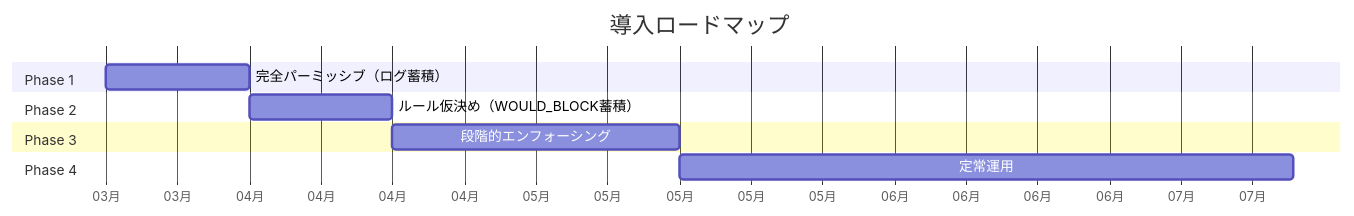
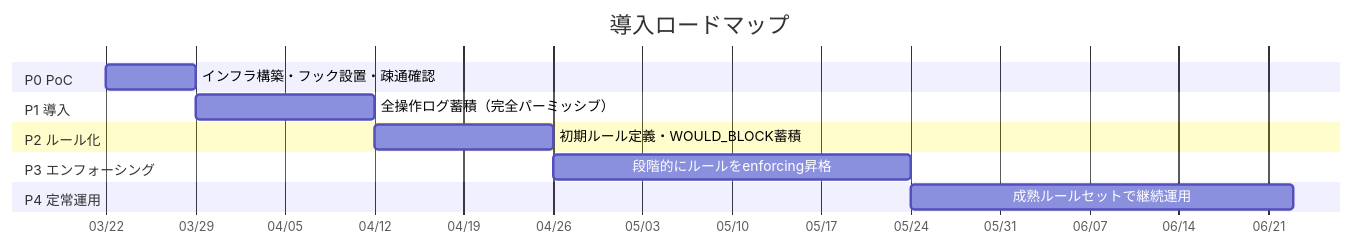
The seventh of 7 diagrams in docs/requirements/00-original-specification.md (engineers-hub-ltd-in-house-project/harness-cockpit), drawn with Mermaid before and after one commit. The commit also changed other lines of this file and 1 other file, not shown here.

First line of the commit message:
docs: restructure roadmap to P0-P4 with shorter timelines

````diff
--- a/docs/requirements/00-original-specification.md
+++ b/docs/requirements/00-original-specification.md
@@ -870,18 +870,21 @@
 ```mermaid
 gantt
     title 導入ロードマップ
     dateFormat YYYY-MM-DD
-    axisFormat %m月
+    axisFormat %m/%d
 
-    section Phase 1
-    完全パーミッシブ（ログ蓄積）: p1, 2026-03-22, 14d
+    section P0 PoC
+    インフラ構築・フック設置・疎通確認: p0, 2026-03-22, 7d
 
-    section Phase 2
-    ルール仮決め（WOULD_BLOCK蓄積）: p2, after p1, 14d
+    section P1 導入
+    全操作ログ蓄積（完全パーミッシブ）: p1, after p0, 14d
 
-    section Phase 3
-    段階的エンフォーシング: p3, after p2, 28d
+    section P2 ルール化
+    初期ルール定義・WOULD_BLOCK蓄積: p2, after p1, 14d
 
-    section Phase 4
-    定常運用: p4, after p3, 60d
+    section P3 エンフォーシング
+    段階的にルールをenforcing昇格: p3, after p2, 28d
+
+    section P4 定常運用
+    成熟ルールセットで継続運用: p4, after p3, 30d
 ```
````
